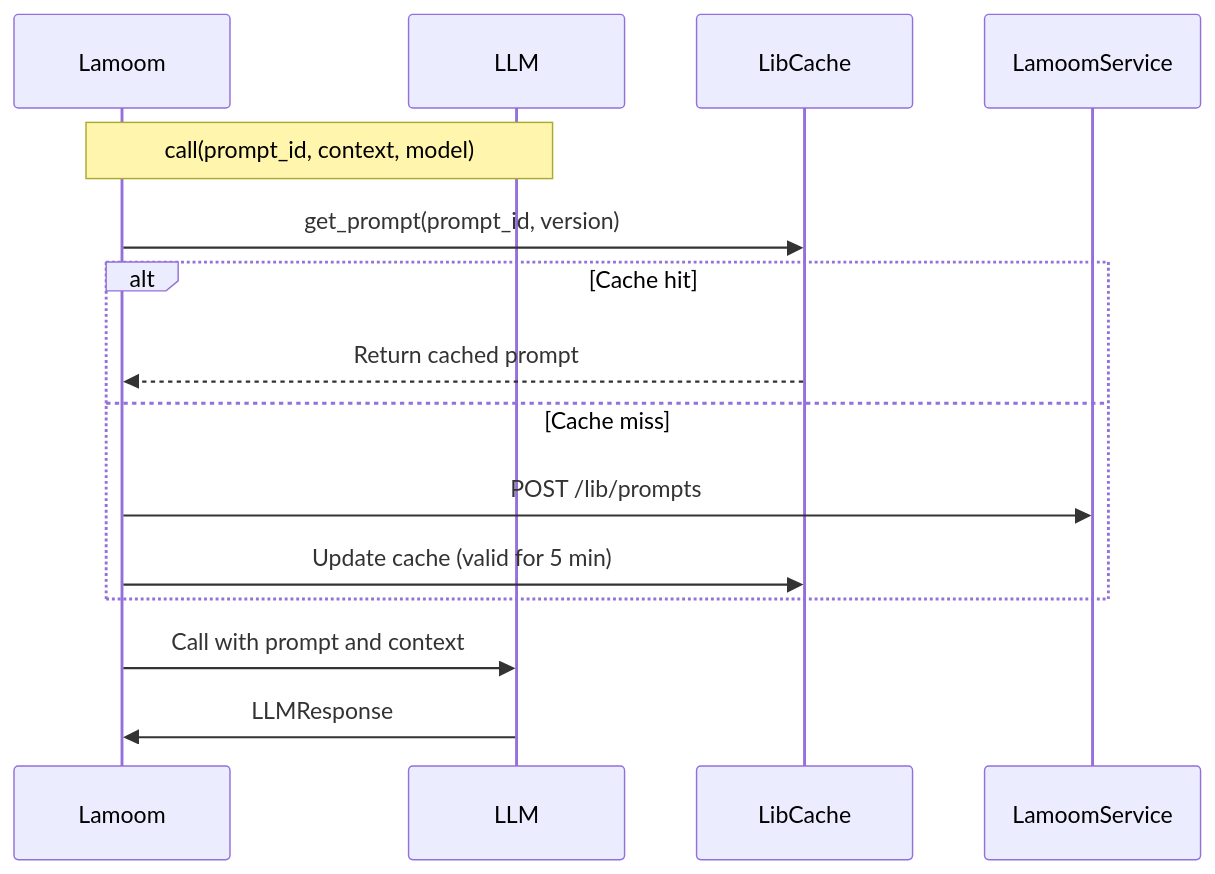
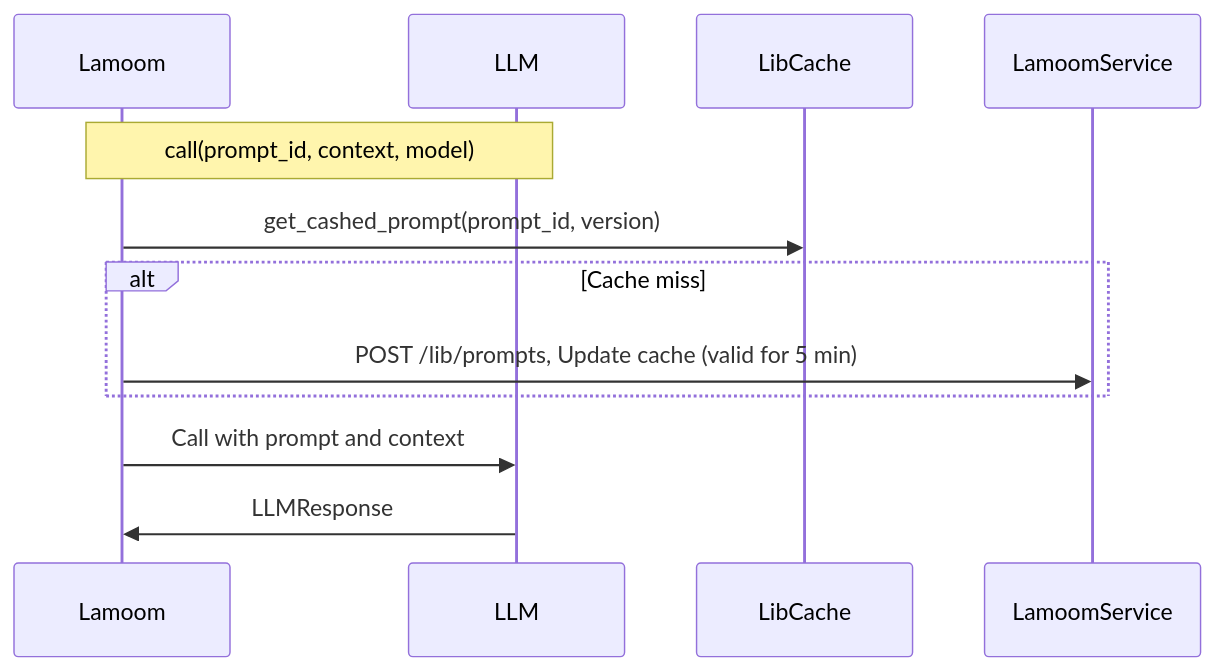
One commit to LamoomAI/lamoom-python changed the first of 4 diagrams in README.md. Above: the diagram before and after it, drawn with Mermaid.

Commit message:
Updated markdown w. schema, seq test

````diff
--- a/README.md
+++ b/README.md
@@ -39,13 +39,10 @@
 ```mermaid
 sequenceDiagram
     Note over Lamoom,LLM: call(prompt_id, context, model)
-    Lamoom->>LibCache: get_prompt(prompt_id, version)
-    alt Cache hit
-        LibCache-->>Lamoom: Return cached prompt
-    else Cache miss
-        Lamoom->>LamoomService: POST /lib/prompts
-        Lamoom->>LibCache: Update cache (valid for 5 min)
+    Lamoom->>LibCache: get_cashed_prompt(prompt_id, version)
+    alt Cache miss
+        Lamoom->>LamoomService: POST /lib/prompts, Update cache (valid for 5 min)
     end
     Lamoom->>LLM: Call with prompt and context
     LLM->>Lamoom: LLMResponse
 ```
````
